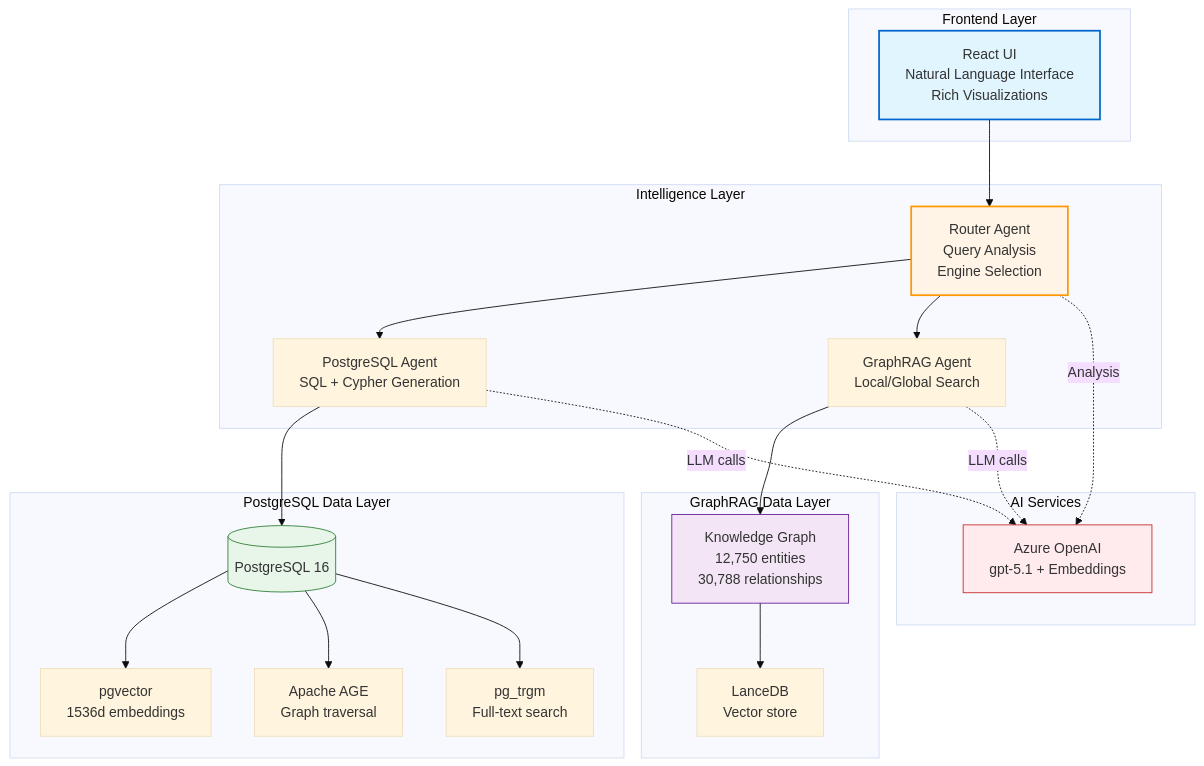
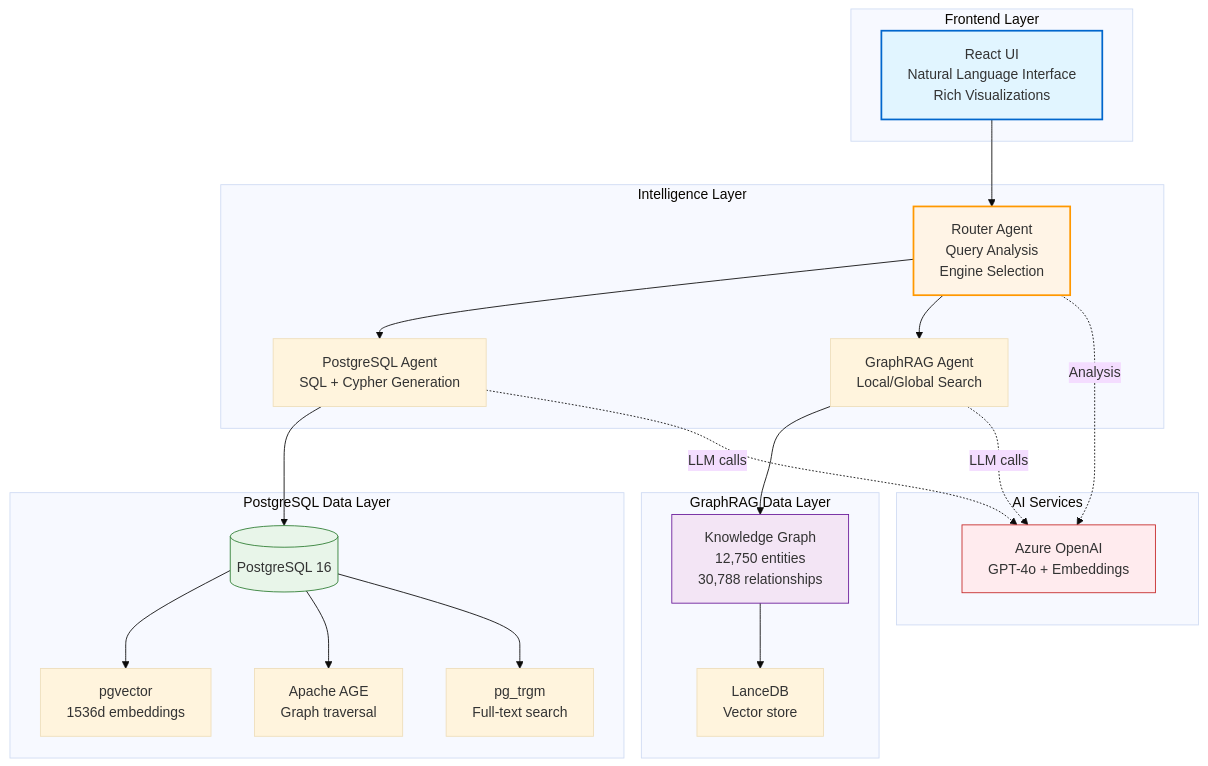
One commit to james-tn/graph changed the fifth of 6 diagrams in README.md. Above: the diagram before and after it, drawn with Mermaid (base theme). The commit also changed other lines of this file, not shown here.

````diff
--- a/README.md
+++ b/README.md
@@ -267,50 +267,50 @@
 ```mermaid
 graph TB
     subgraph "Frontend Layer"
         UI["React UI<br/>Natural Language Interface<br/>Rich Visualizations"]
     end
     
     subgraph "Intelligence Layer"
         Router["Router Agent<br/>Query Analysis<br/>Engine Selection"]
         PG_Agent["PostgreSQL Agent<br/>SQL + Cypher Generation"]
         GR_Agent["GraphRAG Agent<br/>Local/Global Search"]
     end
     
     subgraph "PostgreSQL Data Layer"
         PG_DB[("PostgreSQL 16")]
         PG_Vec["pgvector<br/>1536d embeddings"]
         PG_AGE["Apache AGE<br/>Graph traversal"]
         PG_FTS["pg_trgm<br/>Full-text search"]
     end
     
     subgraph "GraphRAG Data Layer"
         GR_Data["Knowledge Graph<br/>12,750 entities<br/>30,788 relationships"]
         GR_Vec["LanceDB<br/>Vector store"]
     end
     
     subgraph "AI Services"
-        Azure["Azure OpenAI<br/>gpt-5.1 + Embeddings"]
+        Azure["Azure OpenAI<br/>GPT-4o + Embeddings"]
     end
     
     UI --> Router
     Router --> PG_Agent
     Router --> GR_Agent
     
     PG_Agent --> PG_DB
     PG_DB --> PG_Vec
     PG_DB --> PG_AGE
     PG_DB --> PG_FTS
     
     GR_Agent --> GR_Data
     GR_Data --> GR_Vec
     
     PG_Agent -.->|LLM calls| Azure
     GR_Agent -.->|LLM calls| Azure
     Router -.->|Analysis| Azure
     
     style UI fill:#e1f5ff,stroke:#0066cc,stroke-width:2px
     style Router fill:#fff4e6,stroke:#ff9800,stroke-width:2px
     style PG_DB fill:#e8f5e9,stroke:#2e7d32
     style GR_Data fill:#f3e5f5,stroke:#6a1b9a
     style Azure fill:#ffebee,stroke:#c62828
 ```
````
